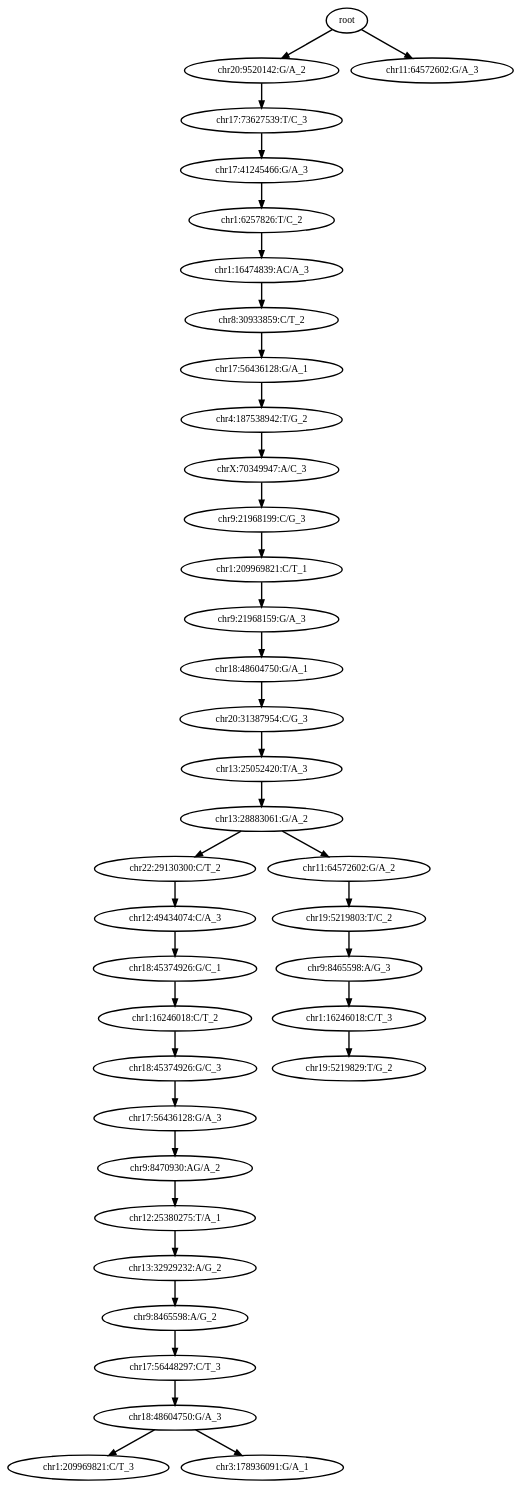
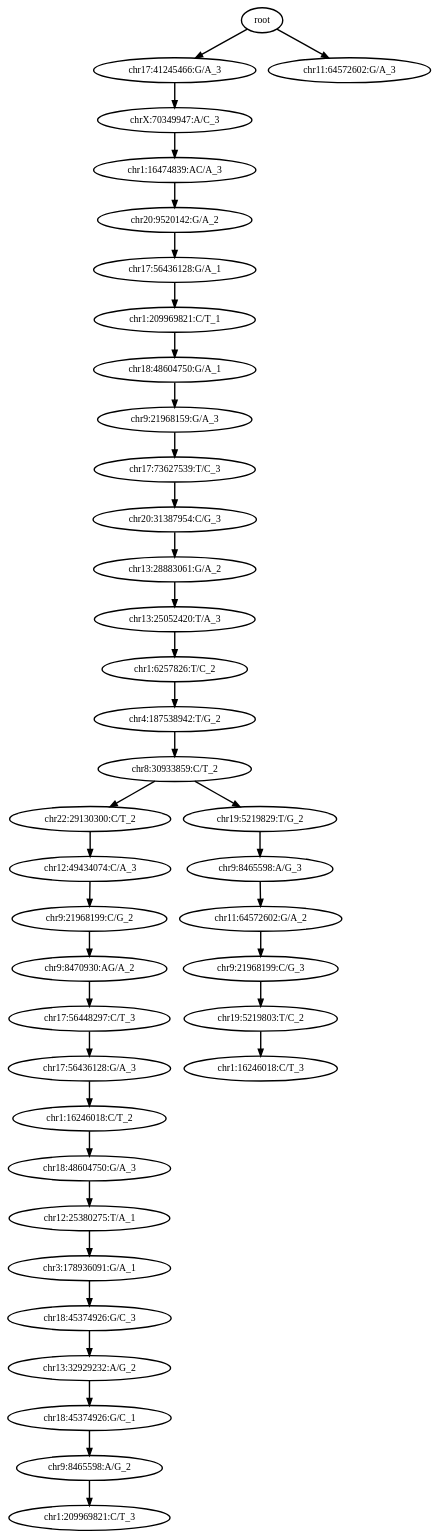
The diagram in 0_condor_pipeline/condor_outputs/RA19_21/out_tree_without_cells.dot (haochenz96/Tapestri_main_manuscript_analysis), drawn with Graphviz before and after one commit. The commit also changed 1647 other files, not shown here.

```diff
--- a/0_condor_pipeline/condor_outputs/RA19_21/out_tree_without_cells.dot
+++ b/0_condor_pipeline/condor_outputs/RA19_21/out_tree_without_cells.dot
@@ -1,77 +1,79 @@
 digraph N {
 	overlap="false"
 	rankdir="TB"
 	0 [label="root", style="bold"];
-	1 [label="chr20:9520142:G/A_2", style="bold"];
-	2 [label="chr17:73627539:T/C_3", style="bold"];
-	3 [label="chr17:41245466:G/A_3", style="bold"];
-	4 [label="chr1:6257826:T/C_2", style="bold"];
-	5 [label="chr1:16474839:AC/A_3", style="bold"];
-	6 [label="chr8:30933859:C/T_2", style="bold"];
-	7 [label="chr17:56436128:G/A_1", style="bold"];
-	8 [label="chr4:187538942:T/G_2", style="bold"];
-	9 [label="chrX:70349947:A/C_3", style="bold"];
-	10 [label="chr9:21968199:C/G_3", style="bold"];
-	11 [label="chr1:209969821:C/T_1", style="bold"];
-	12 [label="chr9:21968159:G/A_3", style="bold"];
-	13 [label="chr18:48604750:G/A_1", style="bold"];
-	14 [label="chr20:31387954:C/G_3", style="bold"];
-	15 [label="chr13:25052420:T/A_3", style="bold"];
-	16 [label="chr13:28883061:G/A_2", style="bold"];
-	17 [label="chr22:29130300:C/T_2", style="bold"];
-	18 [label="chr12:49434074:C/A_3", style="bold"];
-	19 [label="chr18:45374926:G/C_1", style="bold"];
-	20 [label="chr1:16246018:C/T_2", style="bold"];
-	21 [label="chr18:45374926:G/C_3", style="bold"];
-	22 [label="chr17:56436128:G/A_3", style="bold"];
-	23 [label="chr9:8470930:AG/A_2", style="bold"];
+	1 [label="chr17:41245466:G/A_3", style="bold"];
+	2 [label="chrX:70349947:A/C_3", style="bold"];
+	3 [label="chr1:16474839:AC/A_3", style="bold"];
+	4 [label="chr20:9520142:G/A_2", style="bold"];
+	5 [label="chr17:56436128:G/A_1", style="bold"];
+	6 [label="chr1:209969821:C/T_1", style="bold"];
+	7 [label="chr18:48604750:G/A_1", style="bold"];
+	8 [label="chr9:21968159:G/A_3", style="bold"];
+	9 [label="chr17:73627539:T/C_3", style="bold"];
+	10 [label="chr20:31387954:C/G_3", style="bold"];
+	11 [label="chr13:28883061:G/A_2", style="bold"];
+	12 [label="chr13:25052420:T/A_3", style="bold"];
+	13 [label="chr1:6257826:T/C_2", style="bold"];
+	14 [label="chr4:187538942:T/G_2", style="bold"];
+	15 [label="chr8:30933859:C/T_2", style="bold"];
+	16 [label="chr22:29130300:C/T_2", style="bold"];
+	17 [label="chr12:49434074:C/A_3", style="bold"];
+	18 [label="chr9:21968199:C/G_2", style="bold"];
+	19 [label="chr9:8470930:AG/A_2", style="bold"];
+	20 [label="chr17:56448297:C/T_3", style="bold"];
+	21 [label="chr17:56436128:G/A_3", style="bold"];
+	22 [label="chr1:16246018:C/T_2", style="bold"];
+	23 [label="chr18:48604750:G/A_3", style="bold"];
 	24 [label="chr12:25380275:T/A_1", style="bold"];
-	25 [label="chr13:32929232:A/G_2", style="bold"];
-	26 [label="chr9:8465598:A/G_2", style="bold"];
-	27 [label="chr17:56448297:C/T_3", style="bold"];
-	28 [label="chr18:48604750:G/A_3", style="bold"];
-	29 [label="chr1:209969821:C/T_3", style="bold"];
-	30 [label="chr11:64572602:G/A_3", style="bold"];
-	31 [label="chr11:64572602:G/A_2", style="bold"];
-	32 [label="chr19:5219803:T/C_2", style="bold"];
+	25 [label="chr3:178936091:G/A_1", style="bold"];
+	26 [label="chr18:45374926:G/C_3", style="bold"];
+	27 [label="chr13:32929232:A/G_2", style="bold"];
+	28 [label="chr18:45374926:G/C_1", style="bold"];
+	29 [label="chr9:8465598:A/G_2", style="bold"];
+	30 [label="chr1:209969821:C/T_3", style="bold"];
+	31 [label="chr11:64572602:G/A_3", style="bold"];
+	32 [label="chr19:5219829:T/G_2", style="bold"];
 	33 [label="chr9:8465598:A/G_3", style="bold"];
-	34 [label="chr1:16246018:C/T_3", style="bold"];
-	35 [label="chr19:5219829:T/G_2", style="bold"];
-	36 [label="chr3:178936091:G/A_1", style="bold"];
+	34 [label="chr11:64572602:G/A_2", style="bold"];
+	35 [label="chr9:21968199:C/G_3", style="bold"];
+	36 [label="chr19:5219803:T/C_2", style="bold"];
+	37 [label="chr1:16246018:C/T_3", style="bold"];
 	0 -> 1 [style="bold"];
-	0 -> 30 [style="bold"];
+	0 -> 31 [style="bold"];
 	1 -> 2 [style="bold"];
 	2 -> 3 [style="bold"];
 	3 -> 4 [style="bold"];
 	4 -> 5 [style="bold"];
 	5 -> 6 [style="bold"];
 	6 -> 7 [style="bold"];
 	7 -> 8 [style="bold"];
 	8 -> 9 [style="bold"];
 	9 -> 10 [style="bold"];
 	10 -> 11 [style="bold"];
 	11 -> 12 [style="bold"];
 	12 -> 13 [style="bold"];
 	13 -> 14 [style="bold"];
 	14 -> 15 [style="bold"];
 	15 -> 16 [style="bold"];
+	15 -> 32 [style="bold"];
 	16 -> 17 [style="bold"];
-	16 -> 31 [style="bold"];
 	17 -> 18 [style="bold"];
 	18 -> 19 [style="bold"];
 	19 -> 20 [style="bold"];
 	20 -> 21 [style="bold"];
 	21 -> 22 [style="bold"];
 	22 -> 23 [style="bold"];
 	23 -> 24 [style="bold"];
 	24 -> 25 [style="bold"];
 	25 -> 26 [style="bold"];
 	26 -> 27 [style="bold"];
 	27 -> 28 [style="bold"];
 	28 -> 29 [style="bold"];
-	28 -> 36 [style="bold"];
-	31 -> 32 [style="bold"];
+	29 -> 30 [style="bold"];
 	32 -> 33 [style="bold"];
 	33 -> 34 [style="bold"];
 	34 -> 35 [style="bold"];
+	35 -> 36 [style="bold"];
+	36 -> 37 [style="bold"];
 }
```
